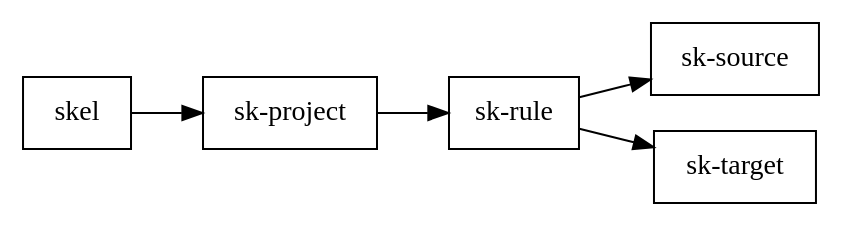
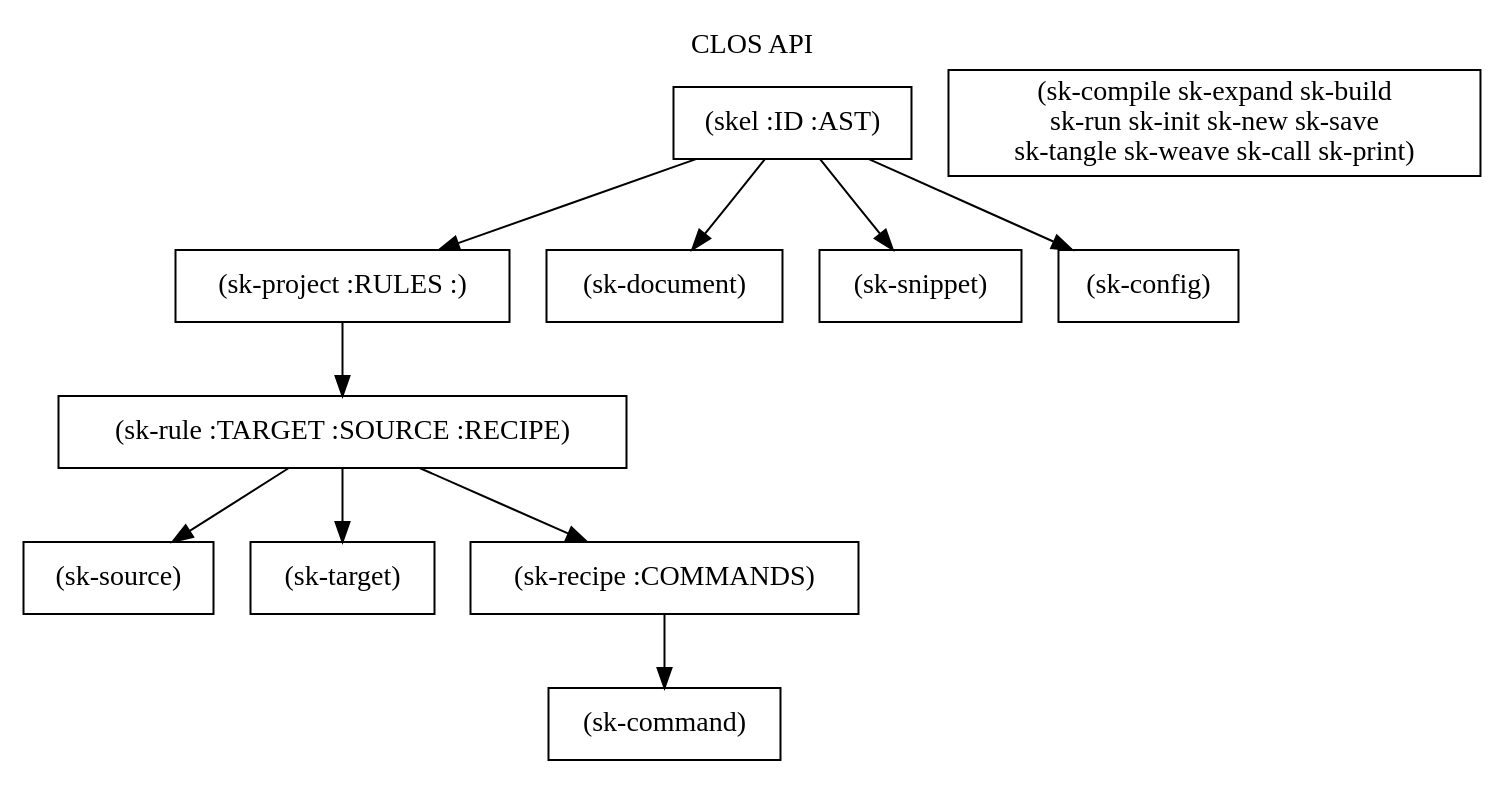
The diagram in readme.org (richardwesthaver/skel), drawn with Graphviz before and after one commit. The commit also changed other lines of this file and 5 other files, not shown here.

```diff
--- a/readme.org
+++ b/readme.org
@@ -71,13 +75,24 @@
 #+begin_src dot :file api.svg :exports results
-    digraph { rankdir=LR; splines=true; node [shape=box]
-      sk [label="skel"]
-      skpro [label="sk-project"]
-      sksrc [label="sk-source"]
-      sktar [label="sk-target"]
-      skrul [label="sk-rule"]
-      sk -> skpro
-      skpro -> skrul
-      skrul -> sktar
-      skrul -> sksrc
-    }
+  digraph { splines=true; label="CLOS API"; labelloc="t"; node [shape=record];
+    sk [label="(skel :ID :AST)"]
+    methods [label="(sk-compile sk-expand sk-build\nsk-run sk-init sk-new sk-save\nsk-tangle sk-weave sk-call sk-print)"]
+    skpro [label="(sk-project :RULES :)"]
+    sksrc [label="(sk-source)"]
+    sktar [label="(sk-target)"]
+    skcmd [label="(sk-command)"]
+    skrec [label="(sk-recipe :COMMANDS)"]
+    skrul [label="(sk-rule :TARGET :SOURCE :RECIPE)"]
+    skdoc [label="(sk-document)"]
+    sksni [label="(sk-snippet)"]
+    skcfg [label="(sk-config)"]
+    sk -> skpro
+    sk -> skdoc
+    sk -> sksni
+    sk -> skcfg
+    skpro -> skrul
+    skrul -> sktar
+    skrul -> sksrc
+    skrul -> skrec
+    skrec -> skcmd
+  }
 #+end_src
```
